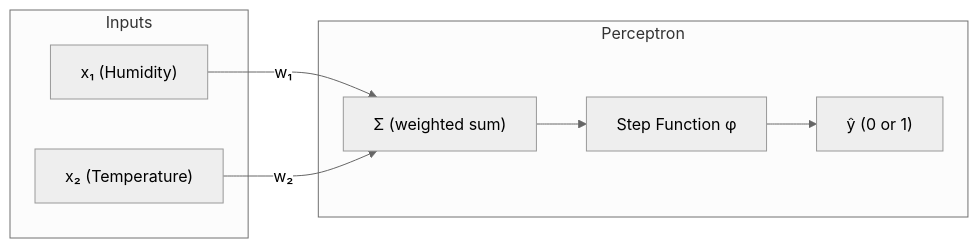
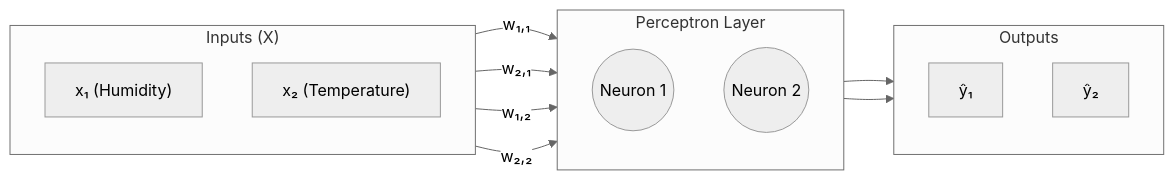
The first of 2 diagrams in perceptron-learning-rule.md (snowch-notes/deep-learning), drawn with Mermaid (neutral theme) before and after one commit. The commit also changed other lines of this file, not shown here.

````diff
--- a/perceptron-learning-rule.md
+++ b/perceptron-learning-rule.md
@@ -25,18 +27,32 @@
 ```mermaid
 graph LR
-    subgraph "Inputs"
+    subgraph "Inputs (X)"
+        direction TB
         X1["x₁ (Humidity)"]
         X2["x₂ (Temperature)"]
     end
     
-    subgraph "Perceptron"
-        SUM["Σ (weighted sum)"]
-        STEP["Step Function φ"]
-        OUTPUT["ŷ (0 or 1)"]
+    subgraph "Perceptron Layer"
+        direction TB
+        N1((Neuron 1))
+        N2((Neuron 2))
     end
     
-    X1 -- "w₁" --> SUM
-    X2 -- "w₂" --> SUM  
-    SUM --> STEP
-    STEP --> OUTPUT
+    subgraph "Outputs"
+        direction TB
+        Y1["ŷ₁"]
+        Y2["ŷ₂"]
+    end
+    
+    %% Connections to Neuron 1
+    X1 -- "w₁,₁" --> N1
+    X2 -- "w₂,₁" --> N1
+    
+    %% Connections to Neuron 2
+    X1 -- "w₁,₂" --> N2
+    X2 -- "w₂,₂" --> N2
+    
+    %% Outputs
+    N1 --> Y1
+    N2 --> Y2
 ```
````
